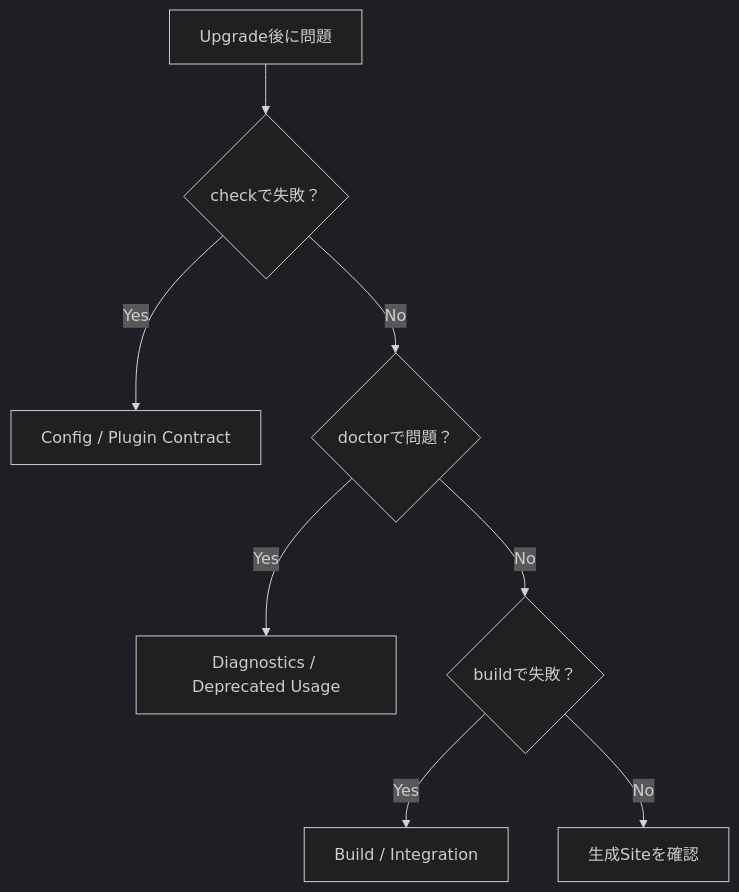
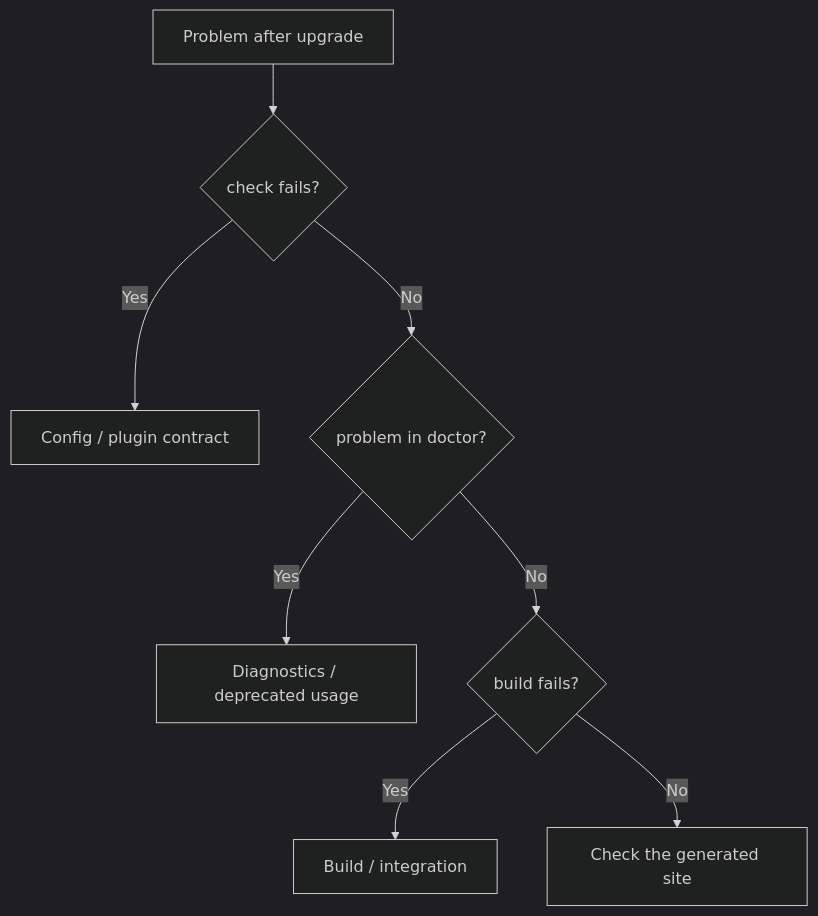
One commit to Rerurate514/riebeckite changed the fourth of 4 diagrams in docs/docs/guides/upgrading.md. Above: the diagram before and after it, drawn with Mermaid (dark theme). The commit also changed other lines of this file and 604 other files, not shown here.

````diff
--- a/docs/docs/guides/upgrading.md
+++ b/docs/docs/guides/upgrading.md
@@ -441,15 +380,15 @@
 ```mermaid
 flowchart TD
-    Problem["Upgrade後に問題"]
+    Problem["Problem after upgrade"]
 
-    Problem --> Check{"checkで失敗？"}
-    Check -->|"Yes"| Config["Config / Plugin Contract"]
+    Problem --> Check{"check fails?"}
+    Check -->|"Yes"| Config["Config / plugin contract"]
 
-    Check -->|"No"| Doctor{"doctorで問題？"}
-    Doctor -->|"Yes"| Migration["Diagnostics / Deprecated Usage"]
+    Check -->|"No"| Doctor{"problem in doctor?"}
+    Doctor -->|"Yes"| Migration["Diagnostics / deprecated usage"]
 
-    Doctor -->|"No"| Build{"buildで失敗？"}
-    Build -->|"Yes"| BuildIssue["Build / Integration"]
+    Doctor -->|"No"| Build{"build fails?"}
+    Build -->|"Yes"| BuildIssue["Build / integration"]
 
-    Build -->|"No"| Runtime["生成Siteを確認"]
+    Build -->|"No"| Runtime["Check the generated site"]
 ```
````
